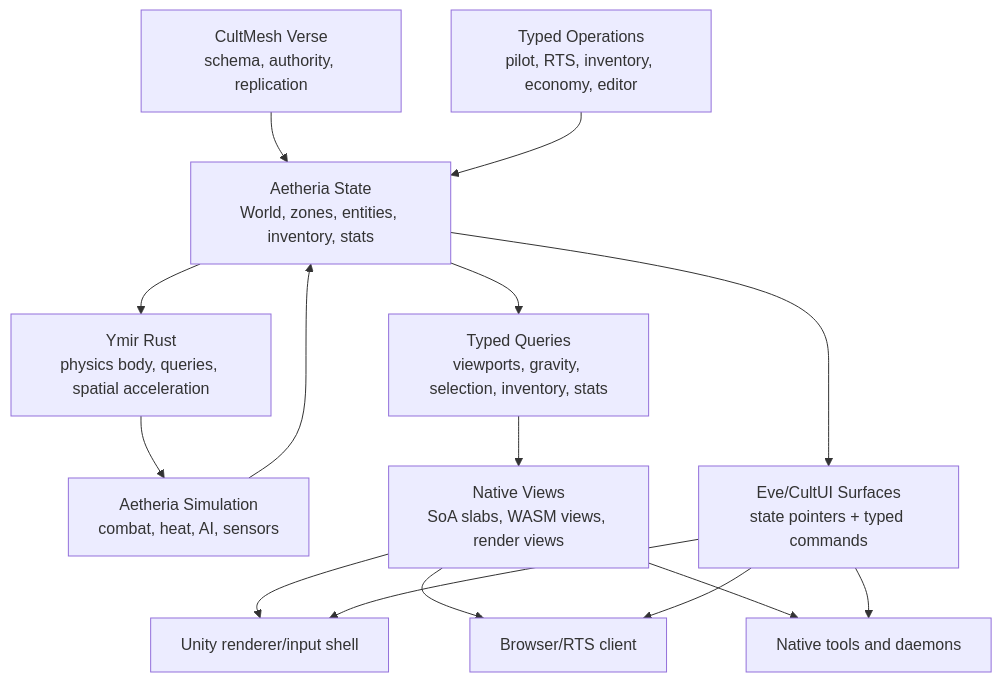
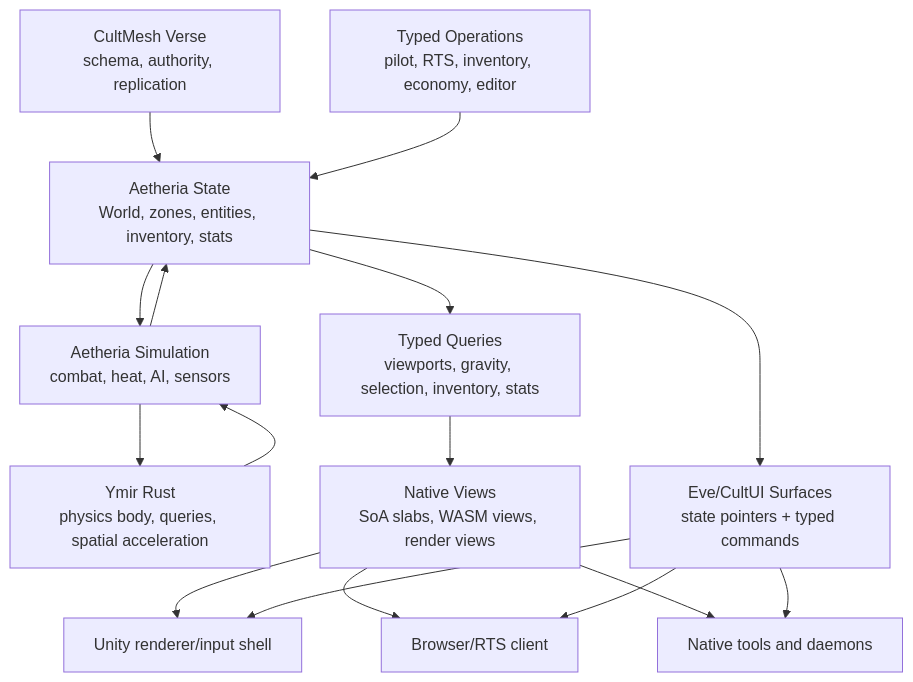
The second of 2 diagrams in Aetheria.State/docs/daemon-code-map-for-rust-port.md (GameCult/AetheriaEve), drawn with Mermaid before and after one commit. The commit also changed other lines of this file and 11 other files, not shown here.

````diff
--- a/Aetheria.State/docs/daemon-code-map-for-rust-port.md
+++ b/Aetheria.State/docs/daemon-code-map-for-rust-port.md
@@ -177,29 +177,30 @@
 ```mermaid
 flowchart TD
     Verse["CultMesh Verse\nschema, authority, replication"]
     State["Aetheria State\nWorld, zones, entities, inventory, stats"]
     Ops["Typed Operations\npilot, RTS, inventory, economy, editor"]
     Ymir["Ymir Rust\nphysics body, queries, spatial acceleration"]
     Sim["Aetheria Simulation\ncombat, heat, AI, sensors"]
     Queries["Typed Queries\nviewports, gravity, selection, inventory, stats"]
     Views["Native Views\nSoA slabs, WASM views, render views"]
     Surfaces["Eve/CultUI Surfaces\nstate pointers + typed commands"]
     Unity["Unity renderer/input shell"]
     Browser["Browser/RTS client"]
     Native["Native tools and daemons"]
 
     Verse --> State
     Ops --> State
-    State --> Ymir
+    State --> Sim
+    Sim --> Ymir
     Ymir --> Sim
     Sim --> State
     State --> Queries
     Queries --> Views
     State --> Surfaces
     Views --> Unity
     Views --> Browser
     Views --> Native
     Surfaces --> Unity
     Surfaces --> Browser
     Surfaces --> Native
 ```
````
